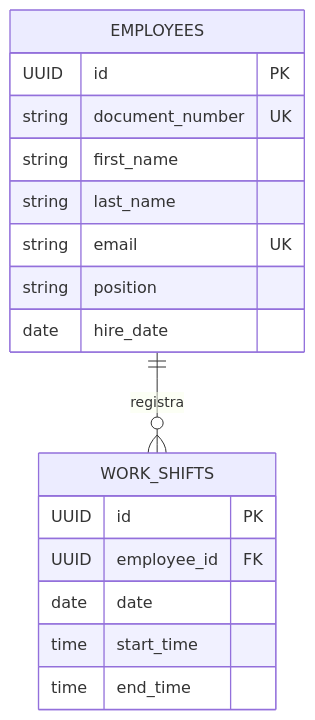
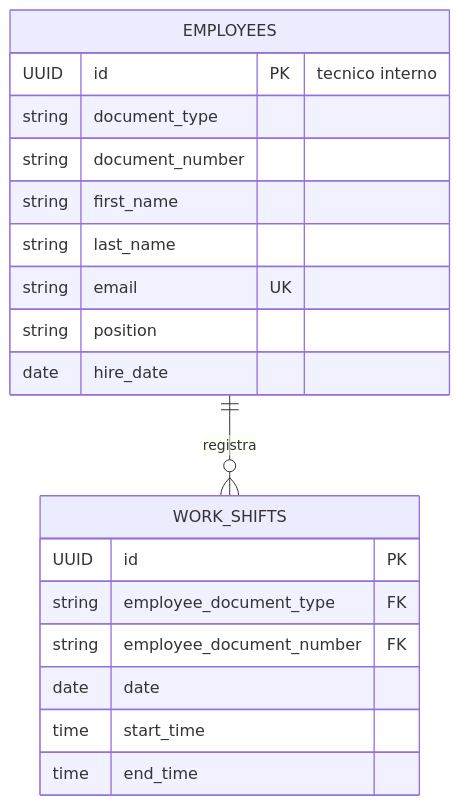
Before and after one commit to rcardenasv/JornadasLaborales: the fourth of 4 diagrams in employees-api/README.md, drawn with Mermaid. The commit also changed other lines of this file and 75 other files, not shown here.

````diff
--- a/employees-api/README.md
+++ b/employees-api/README.md
@@ -213,20 +236,22 @@
 ```mermaid
 erDiagram
     EMPLOYEES ||--o{ WORK_SHIFTS : registra
     EMPLOYEES {
-        UUID id PK
-        string document_number UK
+        UUID id PK "tecnico interno"
+        string document_type
+        string document_number
         string first_name
         string last_name
         string email UK
         string position
         date hire_date
     }
     WORK_SHIFTS {
         UUID id PK
-        UUID employee_id FK
+        string employee_document_type FK
+        string employee_document_number FK
         date date
         time start_time
         time end_time
     }
 ```
````
